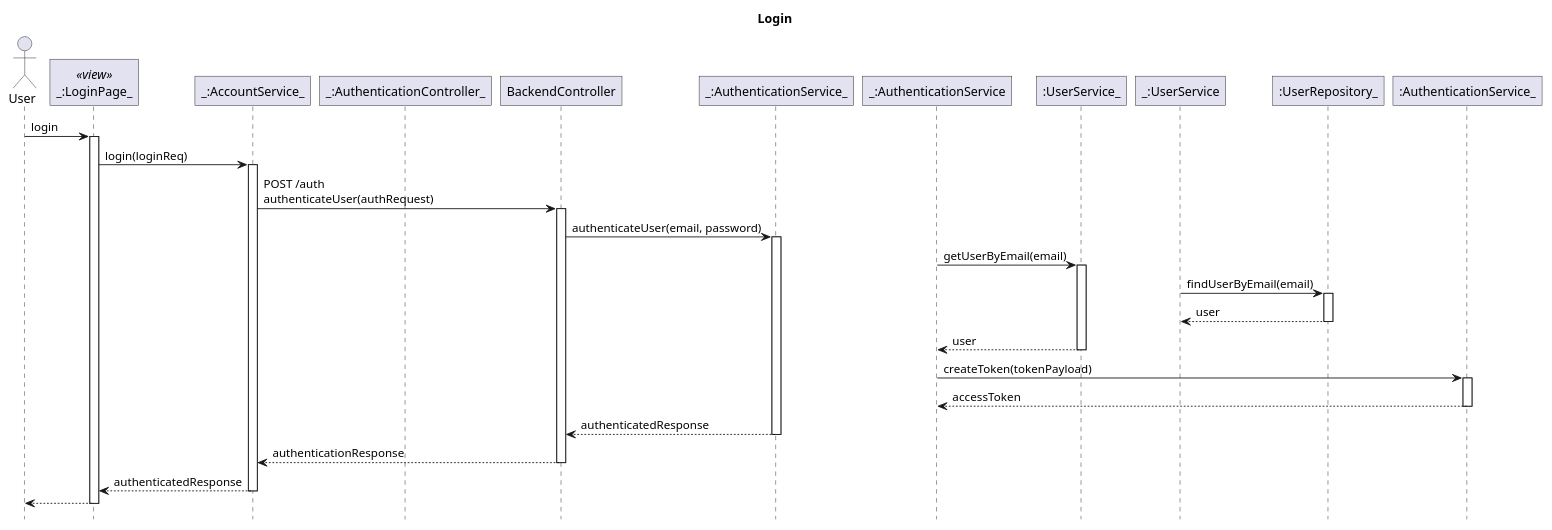
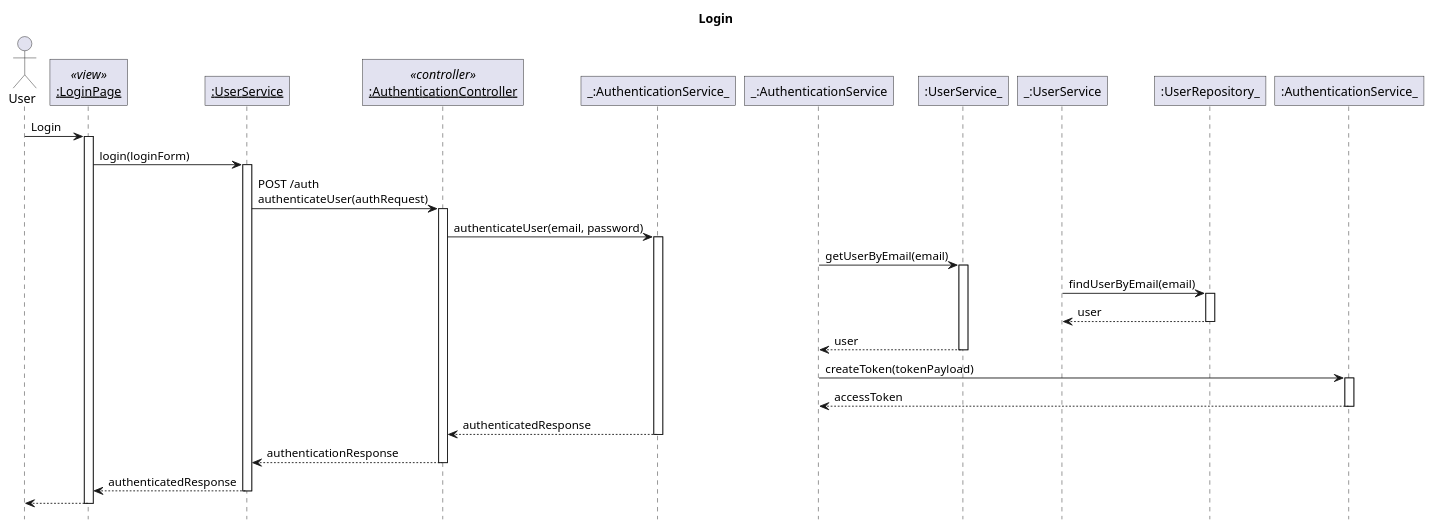
The diagram in lib/plantuml/example.puml (sharoncedila/FO_woofers), drawn with PlantUML before and after one commit. The commit also changed 24 other files, not shown here.

```diff
--- a/lib/plantuml/example.puml
+++ b/lib/plantuml/example.puml
@@ -1,34 +1,34 @@
 @startuml Login
 ' Global param
 title Login
 autoactivate on
 
 ' Global style configuration
 skinparam RoundCorner 0
 hide footbox
 
 ' Sequence participant configuration
 actor User
-participant "_:LoginPage_" as ViewPage <<view>>
-participant "_:AccountService_" as ViewService
-participant "_:AuthenticationController_" as Model
+participant "__:LoginPage__" as ViewPage <<view>>
+participant "__:UserService__" as ViewService
+participant "__:AuthenticationController__" as BackendController <<controller>>
 
 ' Sequence diagram
-User -> ViewPage: login
-ViewPage -> ViewService: login(loginReq)
+User -> ViewPage: Login
+ViewPage -> ViewService: login(loginForm)
 ViewService -> BackendController: POST /auth\nauthenticateUser(authRequest)
 
 BackendController -> "_:AuthenticationService_": authenticateUser(email, password)
   "_:AuthenticationService" -> ":UserService_": getUserByEmail(email)
     "_:UserService" -> ":UserRepository_": findUserByEmail(email)
     "_:UserService" <-- ":UserRepository_": user
   "_:AuthenticationService" <-- ":UserService_": user
   "_:AuthenticationService" -> ":AuthenticationService_": createToken(tokenPayload)
   return accessToken
 BackendController <-- "_:AuthenticationService_": authenticatedResponse
 ViewService <-- BackendController: authenticationResponse
 
 ViewPage <-- ViewService: authenticatedResponse
 User <-- ViewPage
 
 @enduml
```
